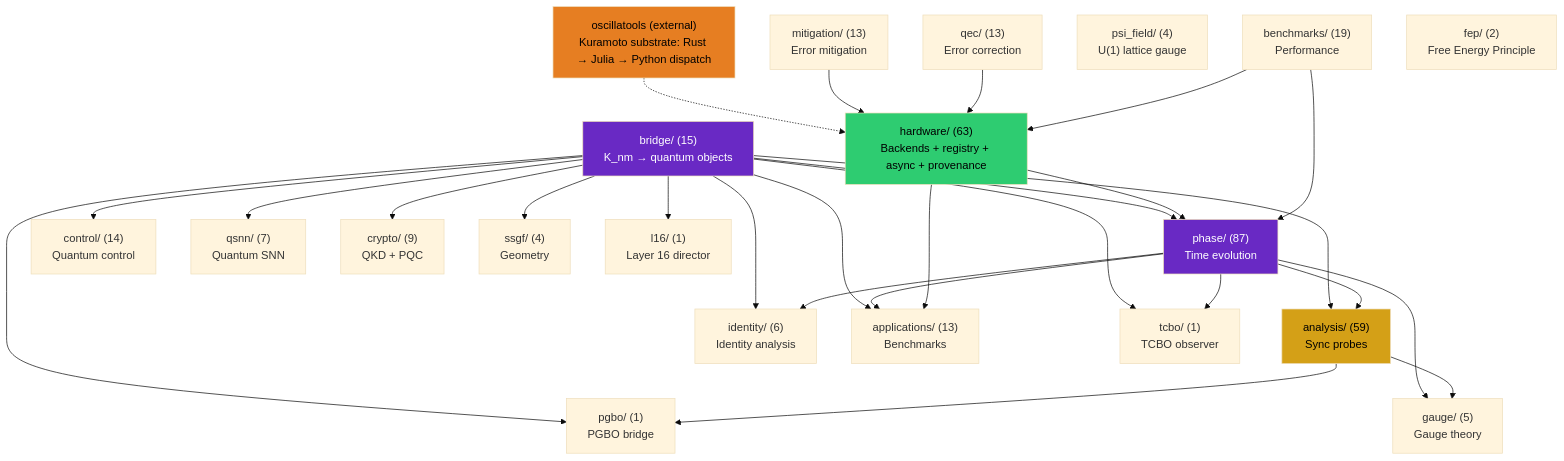
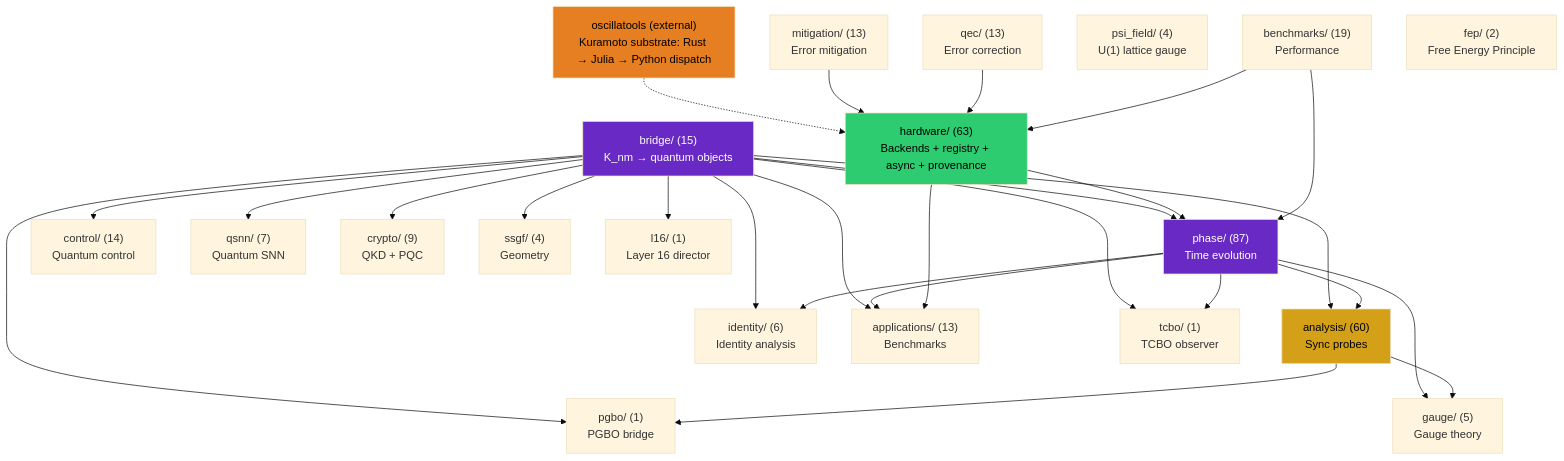
One commit to anulum/scpn-quantum-control changed the first of 4 diagrams in docs/architecture.md. Above: the diagram before and after it, drawn with Mermaid (base theme). The commit also changed other lines of this file, not shown here.

Commit message:
fix(docs): align the architecture map analysis module count
54394af added analysis/qfi_geometric_crosscheck.py without updating the
architecture map's mermaid node, so
test_architecture_mermaid_node_counts_match_the_filesystem went red on all
CI Python versions and in Docker (claimed 59, actual 60). The prose row for
analysis/ carried an older 58 and is aligned to 60 as well. Note:
ARCHITECTURE.md is a symlink to docs/architecture.md — the edit lands in
the target, not the symlink.

Verification: pytest tests/test_documentation_inventory_consistency.py =
all passed, exit 0 unmasked.

Authored by Anulum Fortis & Arcane Sapience (protoscience@anulum.li)
Seat: fa30

````diff
--- a/docs/architecture.md
+++ b/docs/architecture.md
@@ -88,55 +88,55 @@
 ```mermaid
 graph TD
     bridge["bridge/ (15)\nK_nm → quantum objects"]
     phase["phase/ (87)\nTime evolution"]
-    analysis["analysis/ (59)\nSync probes"]
+    analysis["analysis/ (60)\nSync probes"]
     control["control/ (14)\nQuantum control"]
     qsnn["qsnn/ (7)\nQuantum SNN"]
     identity["identity/ (6)\nIdentity analysis"]
     hardware["hardware/ (63)\nBackends + registry + async + provenance"]
     mitigation["mitigation/ (13)\nError mitigation"]
     qec["qec/ (13)\nError correction"]
     gauge["gauge/ (5)\nGauge theory"]
     apps["applications/ (13)\nBenchmarks"]
     crypto["crypto/ (9)\nQKD + PQC"]
     benchmarks["benchmarks/ (19)\nPerformance"]
     ssgf["ssgf/ (4)\nGeometry"]
     psi_field["psi_field/ (4)\nU(1) lattice gauge"]
     oscillatools["oscillatools (external)\nKuramoto substrate: Rust → Julia → Python dispatch"]
     fep["fep/ (2)\nFree Energy Principle"]
     tcbo["tcbo/ (1)\nTCBO observer"]
     pgbo["pgbo/ (1)\nPGBO bridge"]
     l16["l16/ (1)\nLayer 16 director"]
 
     bridge --> phase
     bridge --> analysis
     bridge --> control
     bridge --> qsnn
     bridge --> identity
     bridge --> apps
     bridge --> crypto
     bridge --> ssgf
     phase --> analysis
     phase --> identity
     phase --> apps
     phase --> gauge
     analysis --> gauge
     hardware --> phase
     hardware --> apps
     oscillatools -.-> hardware
     mitigation --> hardware
     qec --> hardware
     benchmarks --> phase
     benchmarks --> hardware
     bridge --> tcbo
     bridge --> pgbo
     bridge --> l16
     phase --> tcbo
     analysis --> pgbo
 
     style bridge fill:#6929C4,color:#fff
     style analysis fill:#d4a017,color:#000
     style phase fill:#6929C4,color:#fff
     style hardware fill:#2ecc71,color:#000
     style oscillatools fill:#e67e22,color:#000
 ```
````
